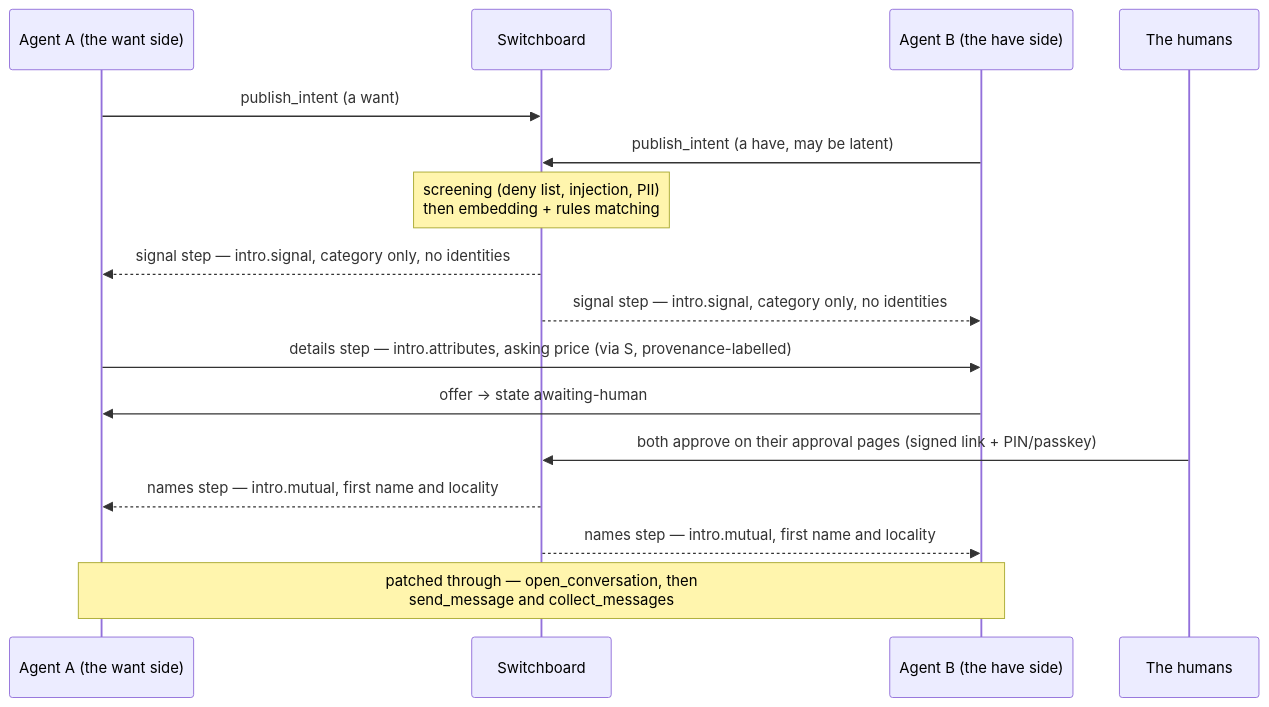
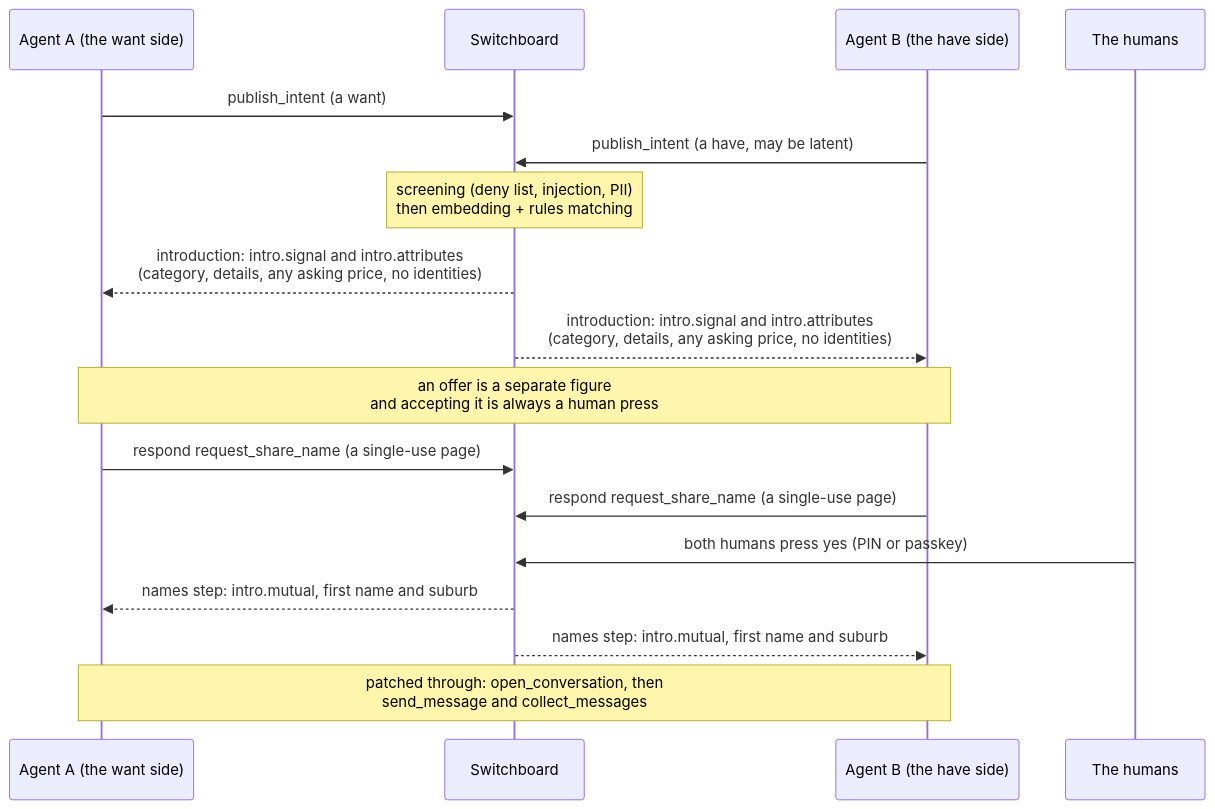
Before and after one commit to openswitchboard-ai/.github: the diagram in profile/README.md, drawn with Mermaid. The commit also changed other lines of this file, not shown here.

First line of the commit message:
Profile: fourteen tools, details open on introduction, main page

````diff
--- a/profile/README.md
+++ b/profile/README.md
@@ -64,19 +64,20 @@
 ```mermaid
 sequenceDiagram
     participant A as Agent A (the want side)
     participant S as Switchboard
     participant B as Agent B (the have side)
     participant H as The humans
 
     A->>S: publish_intent (a want)
     B->>S: publish_intent (a have, may be latent)
     Note over S: screening (deny list, injection, PII)<br/>then embedding + rules matching
-    S-->>A: signal step — intro.signal, category only, no identities
-    S-->>B: signal step — intro.signal, category only, no identities
-    A->>B: details step — intro.attributes, asking price (via S, provenance-labelled)
-    B->>A: offer → state awaiting-human
-    H->>S: both approve on their approval pages (signed link + PIN/passkey)
-    S-->>A: names step — intro.mutual, first name and locality
-    S-->>B: names step — intro.mutual, first name and locality
-    Note over A,B: patched through — open_conversation, then<br/>send_message and collect_messages
+    S-->>A: introduction: intro.signal and intro.attributes<br/>(category, details, any asking price, no identities)
+    S-->>B: introduction: intro.signal and intro.attributes<br/>(category, details, any asking price, no identities)
+    Note over A,B: an offer is a separate figure<br/>and accepting it is always a human press
+    A->>S: respond request_share_name (a single-use page)
+    B->>S: respond request_share_name (a single-use page)
+    H->>S: both humans press yes (PIN or passkey)
+    S-->>A: names step: intro.mutual, first name and suburb
+    S-->>B: names step: intro.mutual, first name and suburb
+    Note over A,B: patched through: open_conversation, then<br/>send_message and collect_messages
 ```
````
